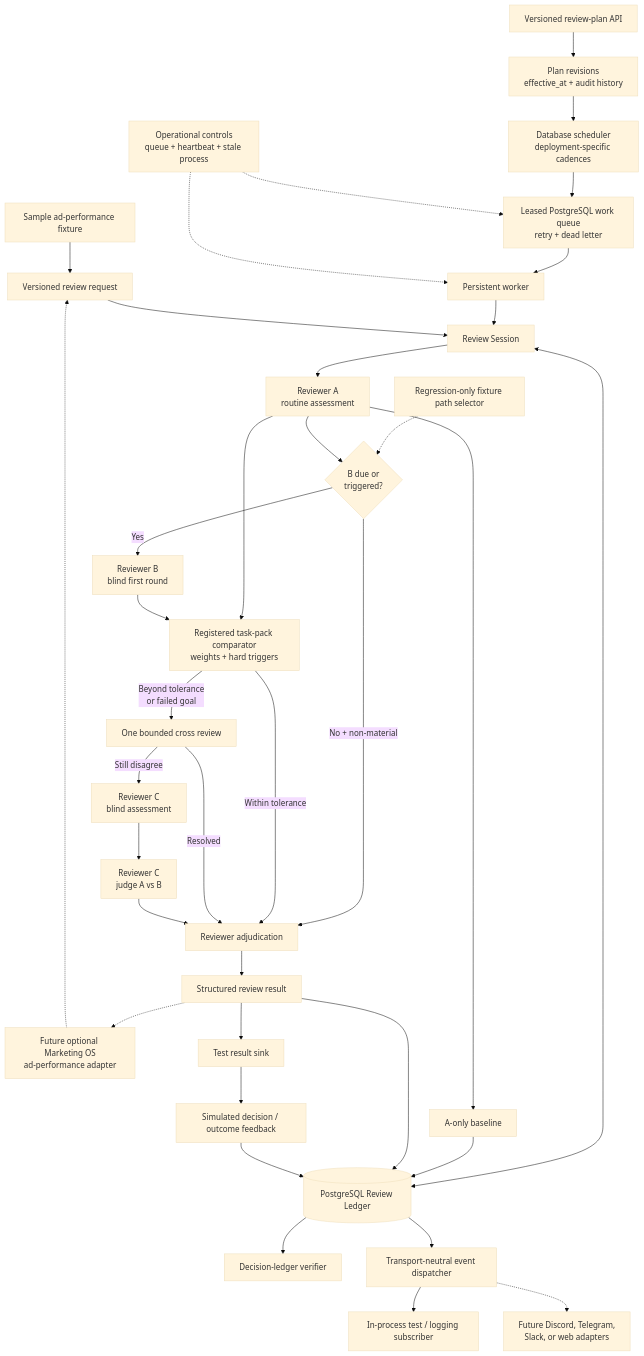
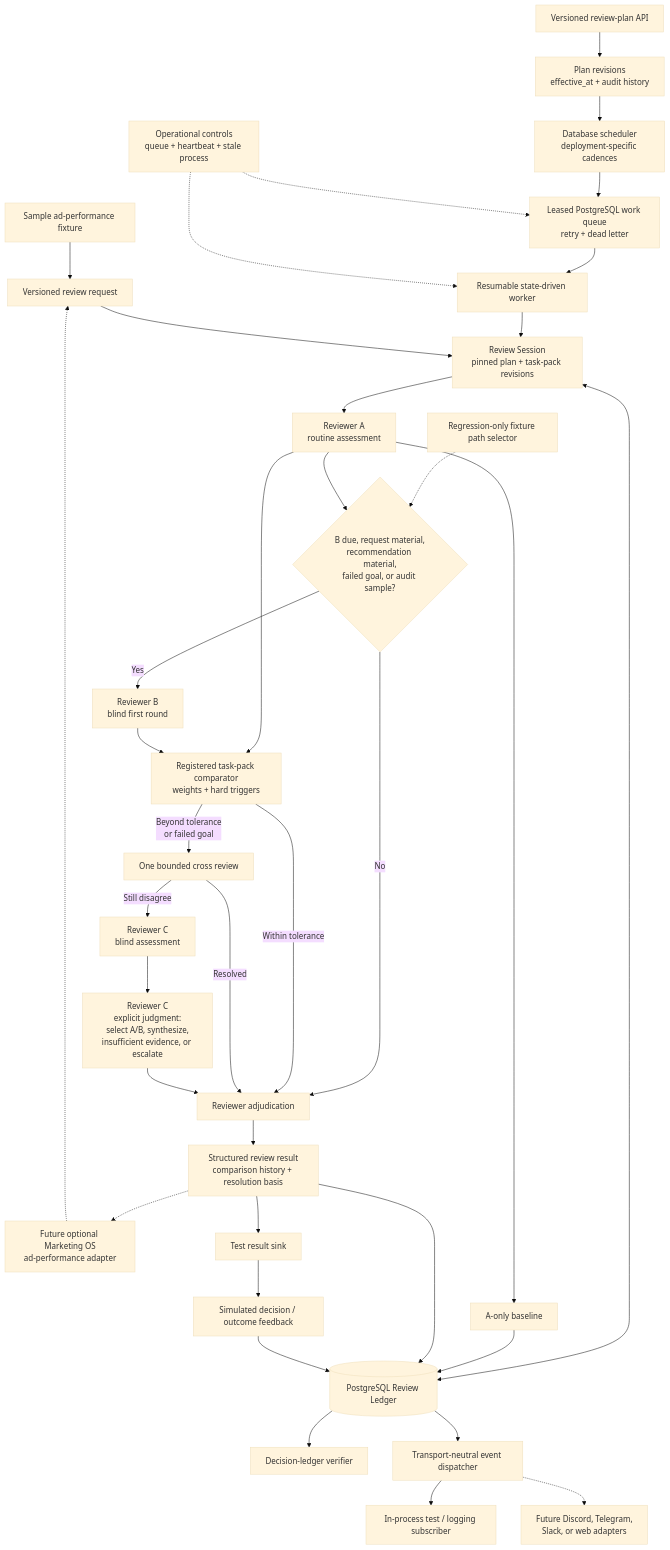
One commit to 0xZanderPander/CONCLAVE changed the diagram in MVP_architecture_flow.mmd. Above: the diagram before and after it, drawn with Mermaid (base theme). The commit also changed 36 other files, not shown here.

```diff
--- a/MVP_architecture_flow.mmd
+++ b/MVP_architecture_flow.mmd
@@ -1,39 +1,39 @@
 flowchart TB
     Fixture["Sample ad-performance fixture"] --> Request["Versioned review request"]
     FutureMarketing["Future optional Marketing OS<br/>ad-performance adapter"] -.-> Request
     PlanAPI["Versioned review-plan API"] --> Plans["Plan revisions<br/>effective_at + audit history"]
     Plans --> Scheduler["Database scheduler<br/>deployment-specific cadences"]
     Scheduler --> Queue["Leased PostgreSQL work queue<br/>retry + dead letter"]
-    Queue --> Worker["Persistent worker"]
-    Worker --> Session["Review Session"]
+    Queue --> Worker["Resumable state-driven worker"]
+    Worker --> Session["Review Session<br/>pinned plan + task-pack revisions"]
     Request --> Session
     Session <--> Ledger[("PostgreSQL Review Ledger")]
     Ops["Operational controls<br/>queue + heartbeat + stale process"] -.-> Queue
     Ops -.-> Worker
     FixturePath["Regression-only fixture path selector"] -.-> Expand
 
     Session --> A["Reviewer A<br/>routine assessment"]
     A --> Baseline["A-only baseline"]
     Baseline --> Ledger
-    A --> Expand{"B due or<br/>triggered?"}
-    Expand -->|"No + non-material"| Resolve["Reviewer adjudication"]
+    A --> Expand{"B due, request material,<br/>recommendation material,<br/>failed goal, or audit sample?"}
+    Expand -->|"No"| Resolve["Reviewer adjudication"]
     Expand -->|"Yes"| B["Reviewer B<br/>blind first round"]
     A --> Compare["Registered task-pack comparator<br/>weights + hard triggers"]
     B --> Compare
     Compare -->|"Within tolerance"| Resolve
     Compare -->|"Beyond tolerance<br/>or failed goal"| Cross["One bounded cross review"]
     Cross -->|"Resolved"| Resolve
     Cross -->|"Still disagree"| CBlind["Reviewer C<br/>blind assessment"]
-    CBlind --> CJudge["Reviewer C<br/>judge A vs B"]
+    CBlind --> CJudge["Reviewer C<br/>explicit judgment:<br/>select A/B, synthesize,<br/>insufficient evidence, or escalate"]
     CJudge --> Resolve
 
-    Resolve --> Result["Structured review result"]
+    Resolve --> Result["Structured review result<br/>comparison history + resolution basis"]
     Result --> Ledger
     Ledger --> Audit["Decision-ledger verifier"]
     Ledger --> Dispatcher["Transport-neutral event dispatcher"]
     Dispatcher --> TestSubscriber["In-process test / logging subscriber"]
     Dispatcher -.-> FutureTransports["Future Discord, Telegram,<br/>Slack, or web adapters"]
     Result --> TestSink["Test result sink"]
     TestSink --> Feedback["Simulated decision / outcome feedback"]
     Result -.-> FutureMarketing
     Feedback --> Ledger
```
